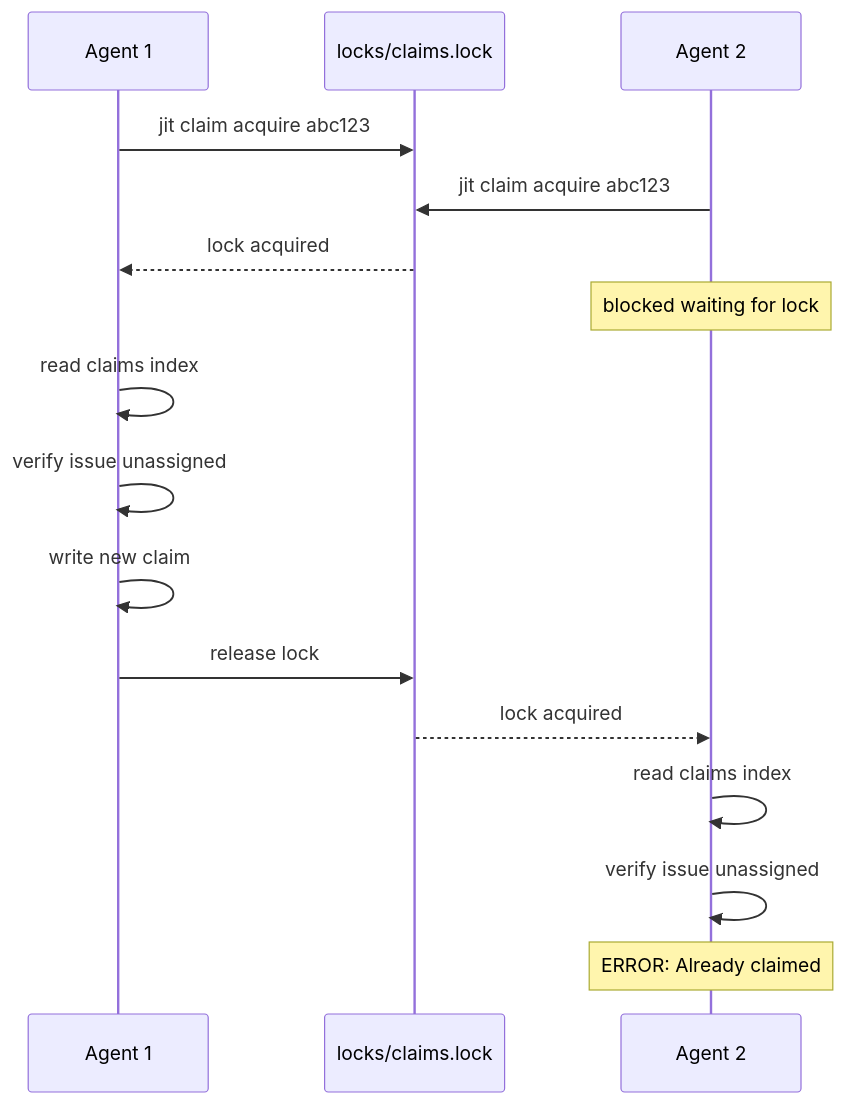
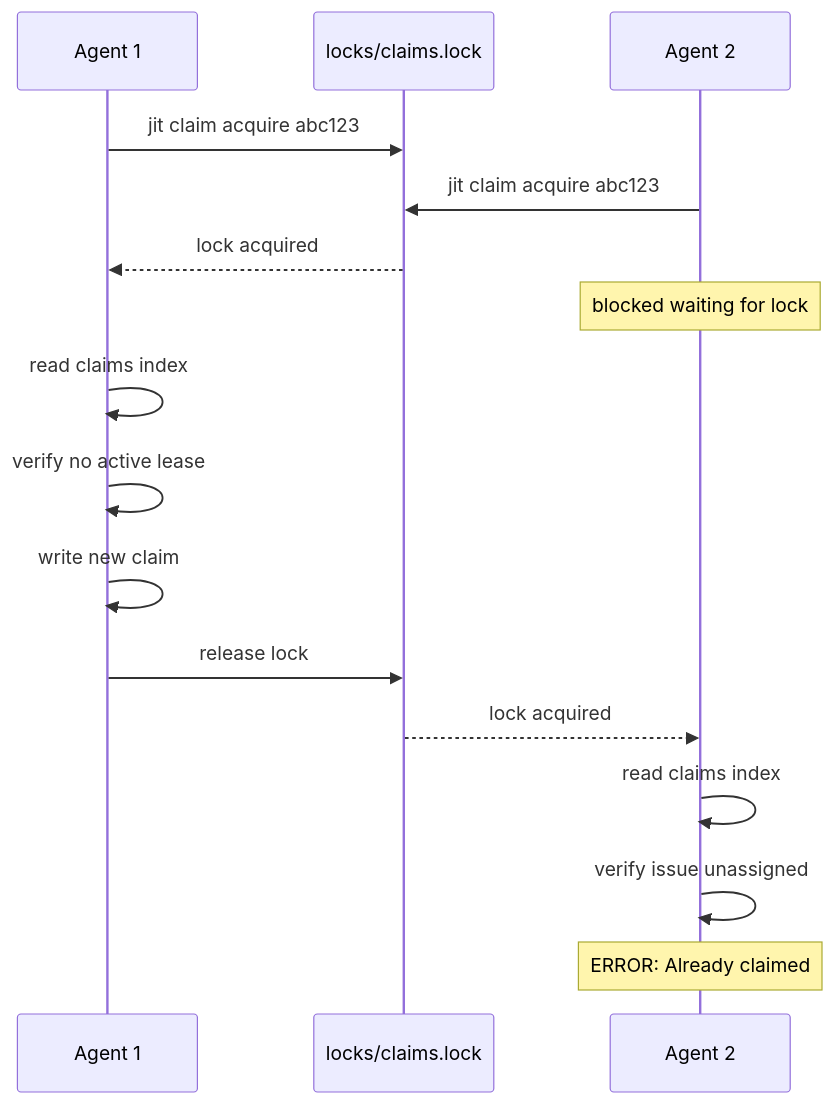
Before and after one commit to erankavija/just-in-time: the diagram in docs/concepts/guarantees.md, drawn with Mermaid. The commit also changed 8 other files, not shown here.

First line of the commit message:
docs(jit:2d109173): fix prefix-min, lease-diagram, gate-diagram, config-precedence

````diff
--- a/docs/concepts/guarantees.md
+++ b/docs/concepts/guarantees.md
@@ -91,18 +91,18 @@
 ```mermaid
 sequenceDiagram
     participant A1 as Agent 1
     participant L as locks/claims.lock
     participant A2 as Agent 2
     A1->>L: jit claim acquire abc123
     A2->>L: jit claim acquire abc123
     L-->>A1: lock acquired
     Note over A2: blocked waiting for lock
     A1->>A1: read claims index
-    A1->>A1: verify issue unassigned
+    A1->>A1: verify no active lease
     A1->>A1: write new claim
     A1->>L: release lock
     L-->>A2: lock acquired
     A2->>A2: read claims index
     A2->>A2: verify issue unassigned
     Note over A2: ERROR: Already claimed
 ```
````
